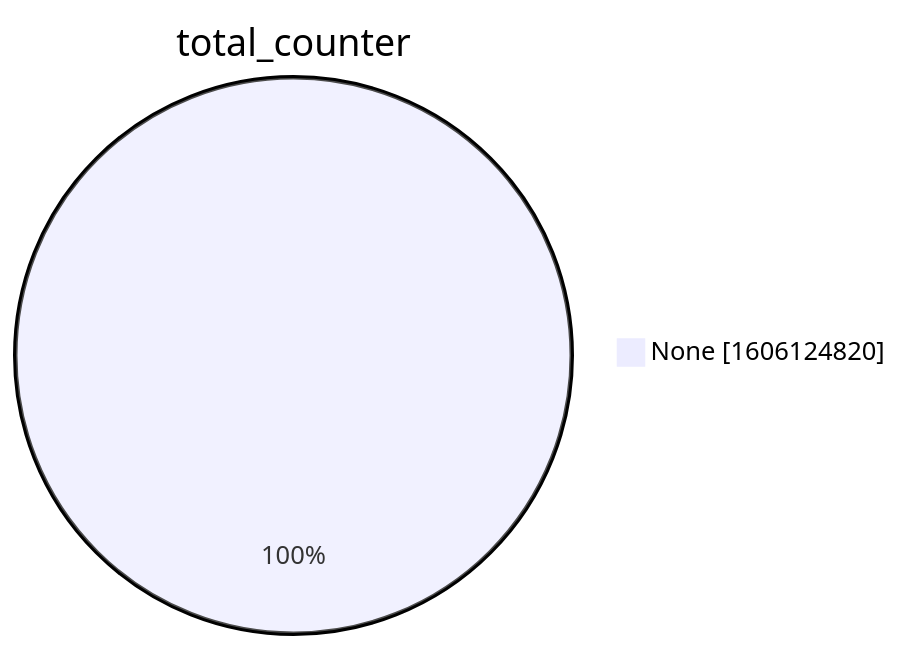
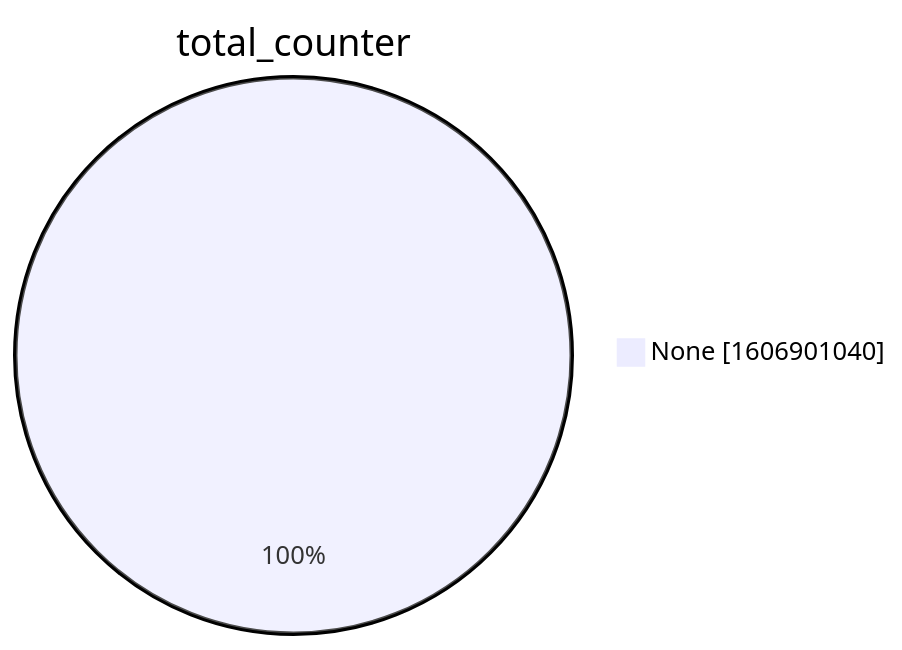
The second of 15 diagrams in xenon2022/README.md (christiankrug/ctmonitor_visualization), drawn with Mermaid before and after one commit. The commit also changed other lines of this file, not shown here.

````diff
--- a/xenon2022/README.md
+++ b/xenon2022/README.md
@@ -9,5 +9,5 @@
 ```mermaid
 pie showData
 title total_counter
-"None" :1606124820
+"None" :1606901040
 ```
````
